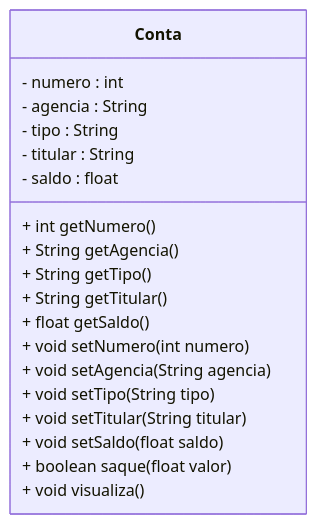
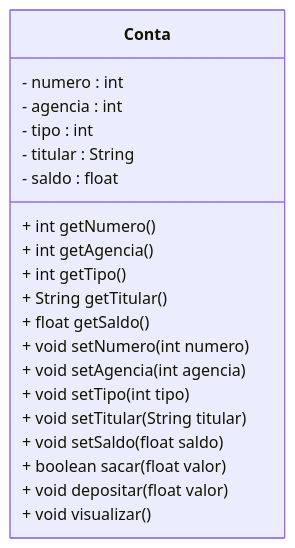
Before and after one commit to efojunior/It_NeoCamp_Java: the diagram in 10.md, drawn with Mermaid. The commit also changed other lines of this file, not shown here.

````diff
--- a/10.md
+++ b/10.md
@@ -98,22 +98,23 @@
 ```mermaid
 classDiagram
 class Conta {
   - numero : int
-  - agencia : String
-  - tipo : String
+  - agencia : int
+  - tipo : int
   - titular : String
   - saldo : float
   + int getNumero()
-  + String getAgencia()
-  + String getTipo()
+  + int getAgencia()
+  + int getTipo()
   + String getTitular()
   + float getSaldo()
   + void setNumero(int numero)
-  + void setAgencia(String agencia)
-  + void setTipo(String tipo)
+  + void setAgencia(int agencia)
+  + void setTipo(int tipo)
   + void setTitular(String titular)
   + void setSaldo(float saldo)
-  + boolean saque(float valor)
-  + void visualiza()
+  + boolean sacar(float valor)
+  + void depositar(float valor)
+  + void visualizar()
 }
 ```
````
